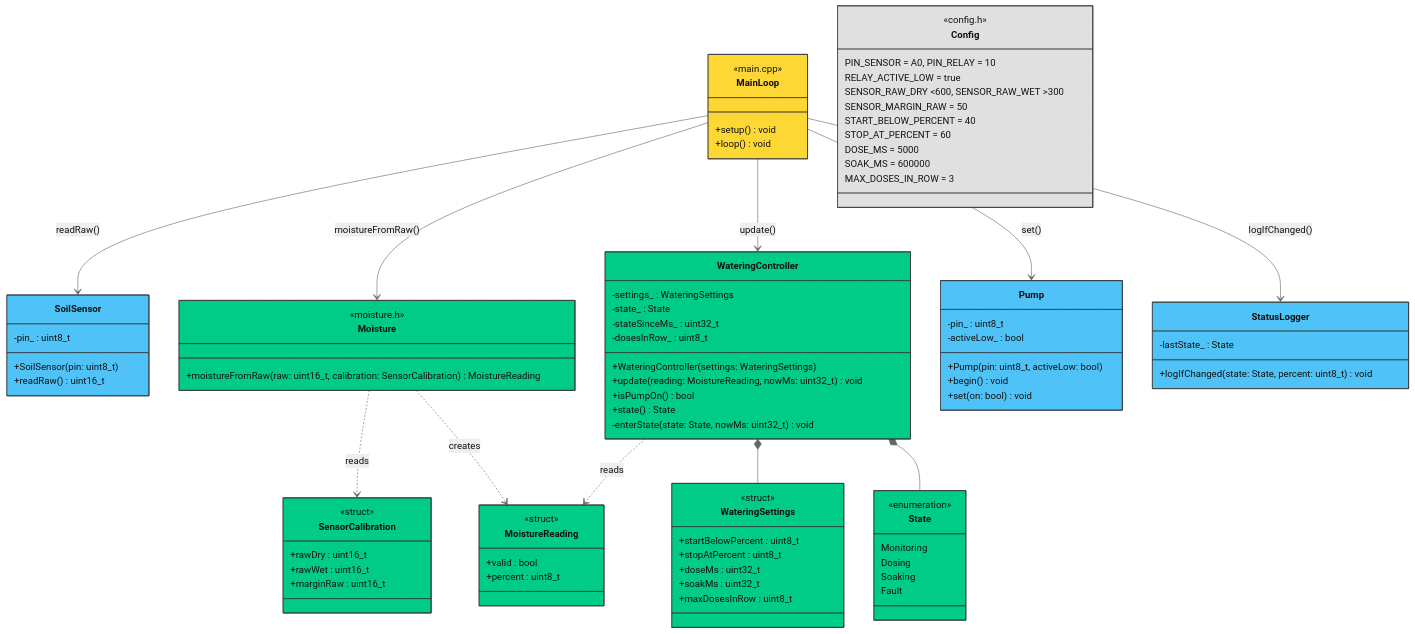
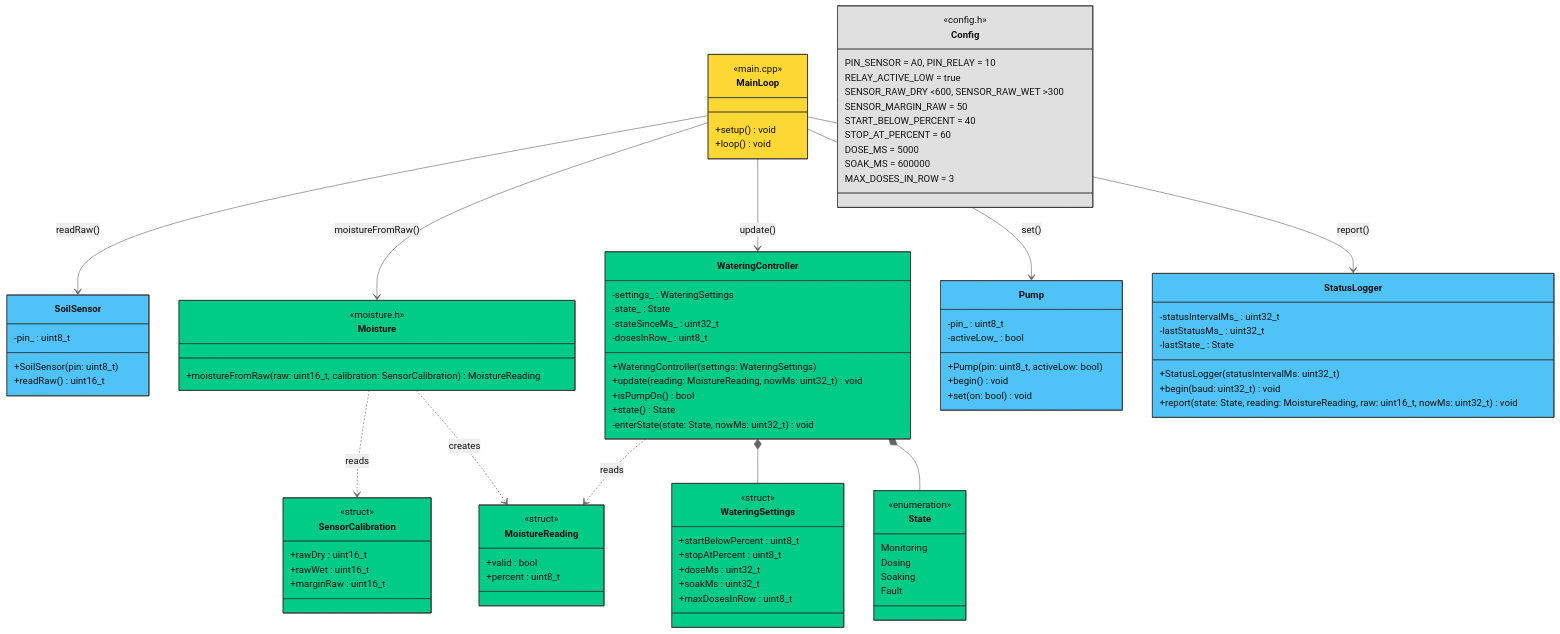
Before and after one commit to Shahaf19/plant_waterer: the second of 3 diagrams in docs/design.md, drawn with Mermaid (neutral theme). The commit also changed other lines of this file and 3 other files, not shown here.

Commit message:
status logger

```diff
--- a/docs/design.md
+++ b/docs/design.md
@@ -127,15 +127,19 @@
     }
 
     class StatusLogger {
+        -statusIntervalMs_ : uint32_t
+        -lastStatusMs_ : uint32_t
         -lastState_ : State
-        +logIfChanged(state: State, percent: uint8_t) void
+        +StatusLogger(statusIntervalMs: uint32_t)
+        +begin(baud: uint32_t) void
+        +report(state: State, reading: MoistureReading, raw: uint16_t, nowMs: uint32_t) void
     }
 
     MainLoop --> SoilSensor : readRaw()
     MainLoop --> Moisture : moistureFromRaw()
     MainLoop --> WateringController : update()
     MainLoop --> Pump : set()
-    MainLoop --> StatusLogger : logIfChanged()
+    MainLoop --> StatusLogger : report()
     Moisture ..> SensorCalibration : reads
     Moisture ..> MoistureReading : creates
     WateringController ..> MoistureReading : reads
```
